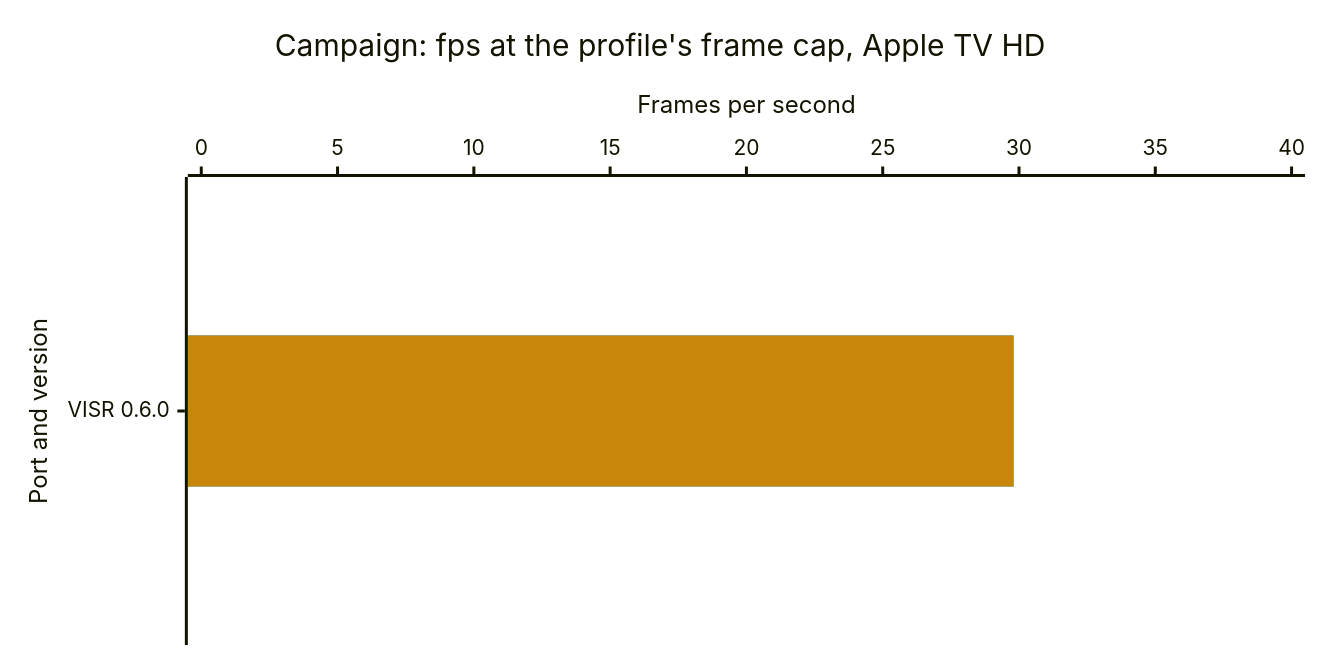
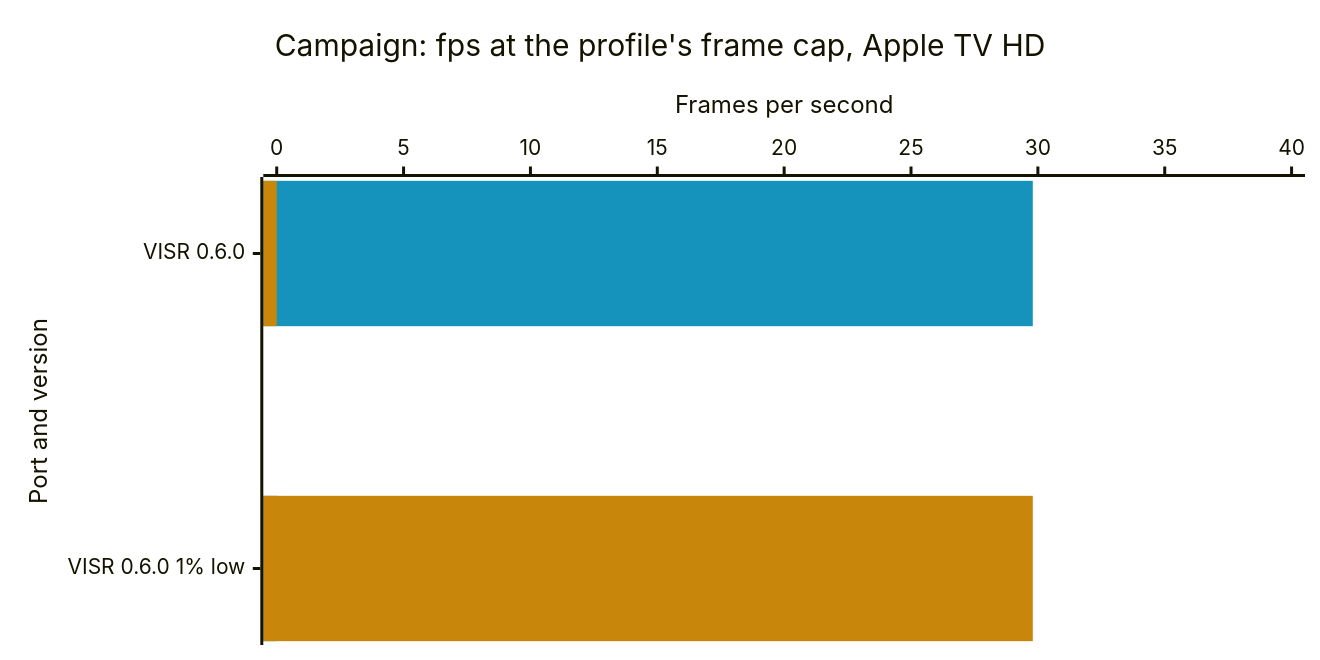
The third of 6 diagrams in docs/benchmarks.md (steverice/visr), drawn with Mermaid before and after one commit. The commit also changed other lines of this file and 11 other files, not shown here.

First line of the commit message:
📝 docs(benchmarks): draw average and 1% low as separate adjacent bars, stop the notes joining as `.;`, and keep the On time column from wrapping — `charts.source` and `chartSource` now emit two rows per build with a value label on each bar, and a note the port already states is not repeated

````diff
--- a/docs/benchmarks.md
+++ b/docs/benchmarks.md
@@ -78,17 +78,17 @@
 ```mermaid
 ---
 config:
   xyChart:
     width: 860
     height: 420
   themeVariables:
     xyChart:
       plotColorPalette: "#1593bd, #c8870a"
 ---
 xychart-beta horizontal
     title "Campaign: fps at the profile's frame cap, Apple TV HD"
-    x-axis "Port and version" ["VISR 0.6.0"]
+    x-axis "Port and version" ["VISR 0.6.0", "VISR 0.6.0 1% low"]
     y-axis "Frames per second" 0 --> 40
-    bar [29.8]
-    bar [29.8]
+    bar [29.8, 0]
+    bar [0, 29.8]
 ```
````
